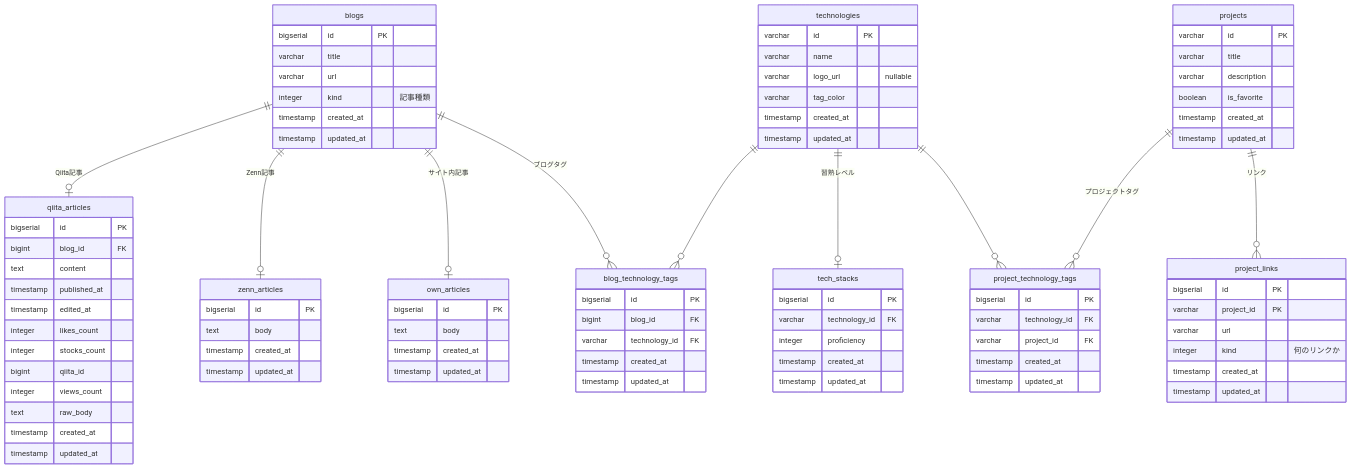
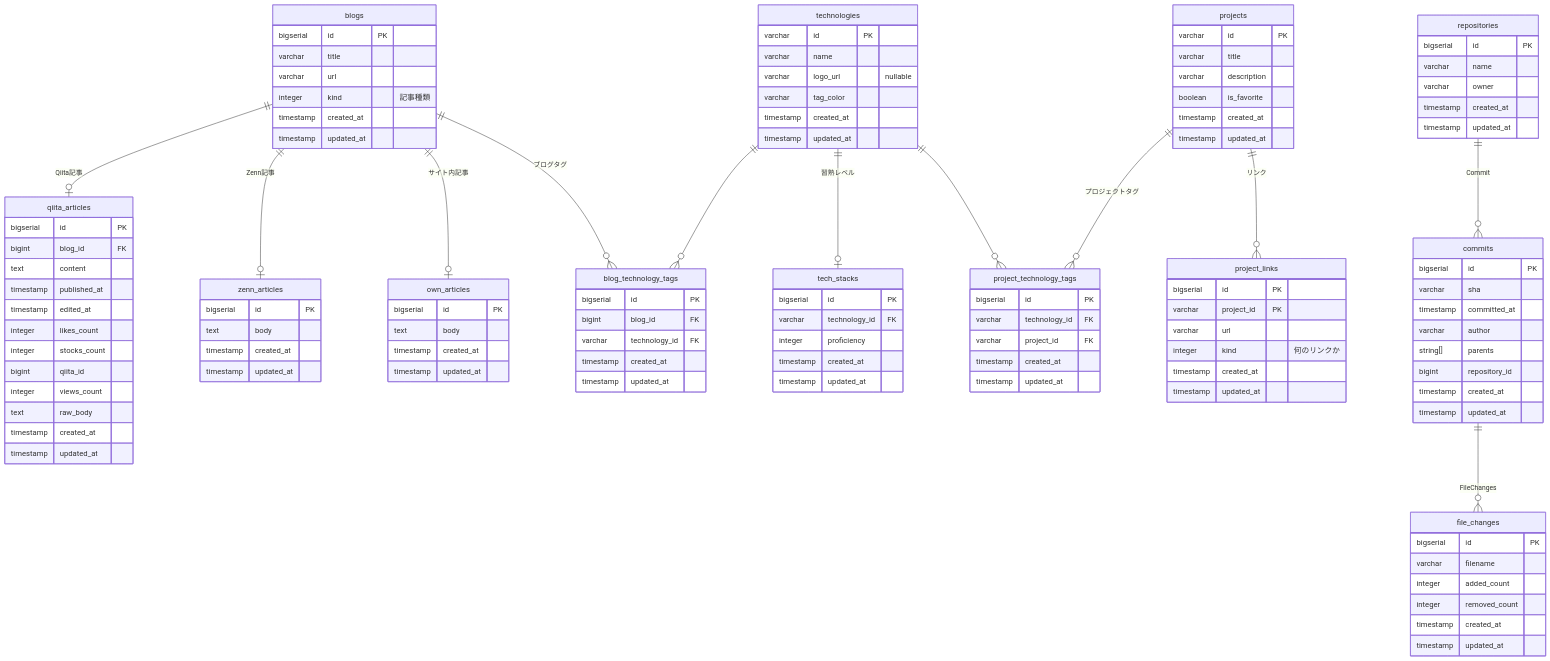
One commit to piny940/portfolio changed the diagram in db/er/portfolio.md. Above: the diagram before and after it, drawn with Mermaid.

Commit message:
er図にrepositoriesやcommitesを追加

````diff
--- a/db/er/portfolio.md
+++ b/db/er/portfolio.md
@@ -90,4 +90,31 @@
     timestamp updated_at
   }
 
+  repositories ||--o{ commits: "Commit"
+  commits ||--o{ file_changes: "FileChanges"
+  repositories {
+    bigserial id PK
+    varchar name
+    varchar owner
+    timestamp created_at
+    timestamp updated_at
+  }
+  commits {
+    bigserial id PK
+    varchar sha
+    timestamp committed_at
+    varchar author
+    string[] parents
+    bigint repository_id
+    timestamp created_at
+    timestamp updated_at
+  }
+  file_changes {
+    bigserial id PK
+    varchar filename
+    integer added_count
+    integer removed_count
+    timestamp created_at
+    timestamp updated_at
+  }
 ```
````
